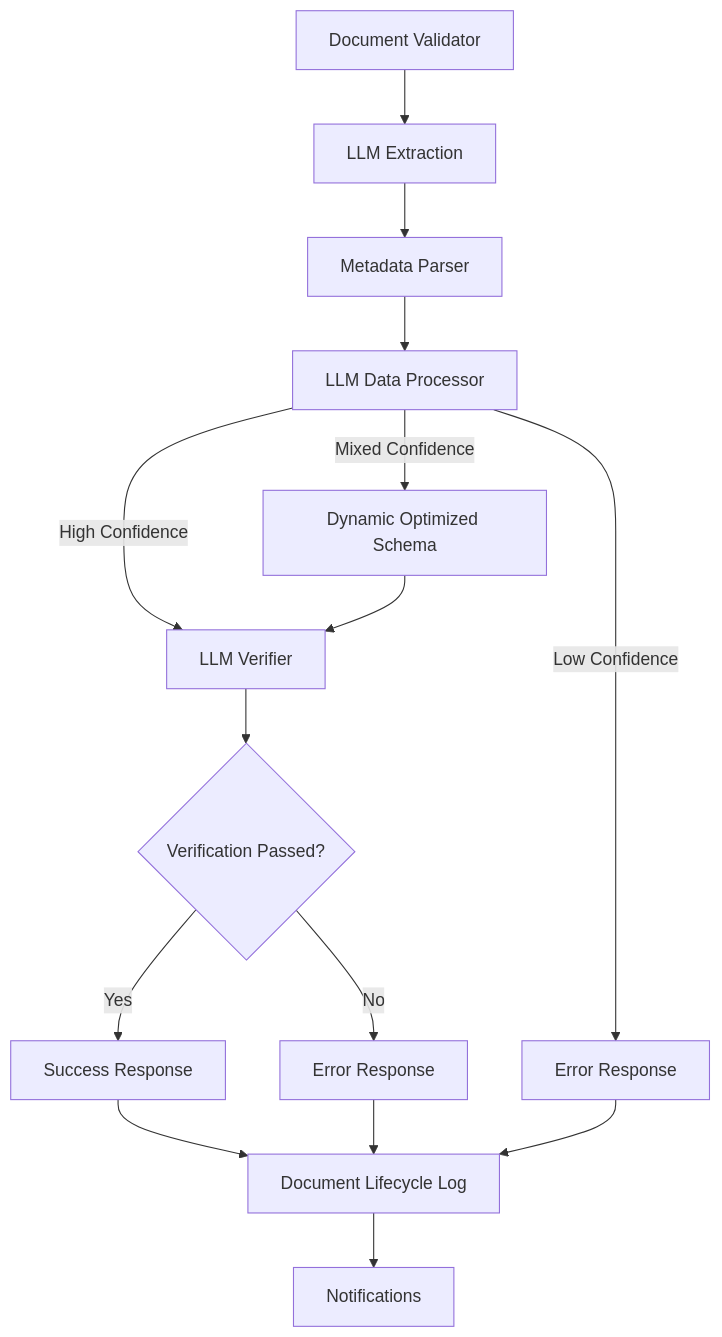
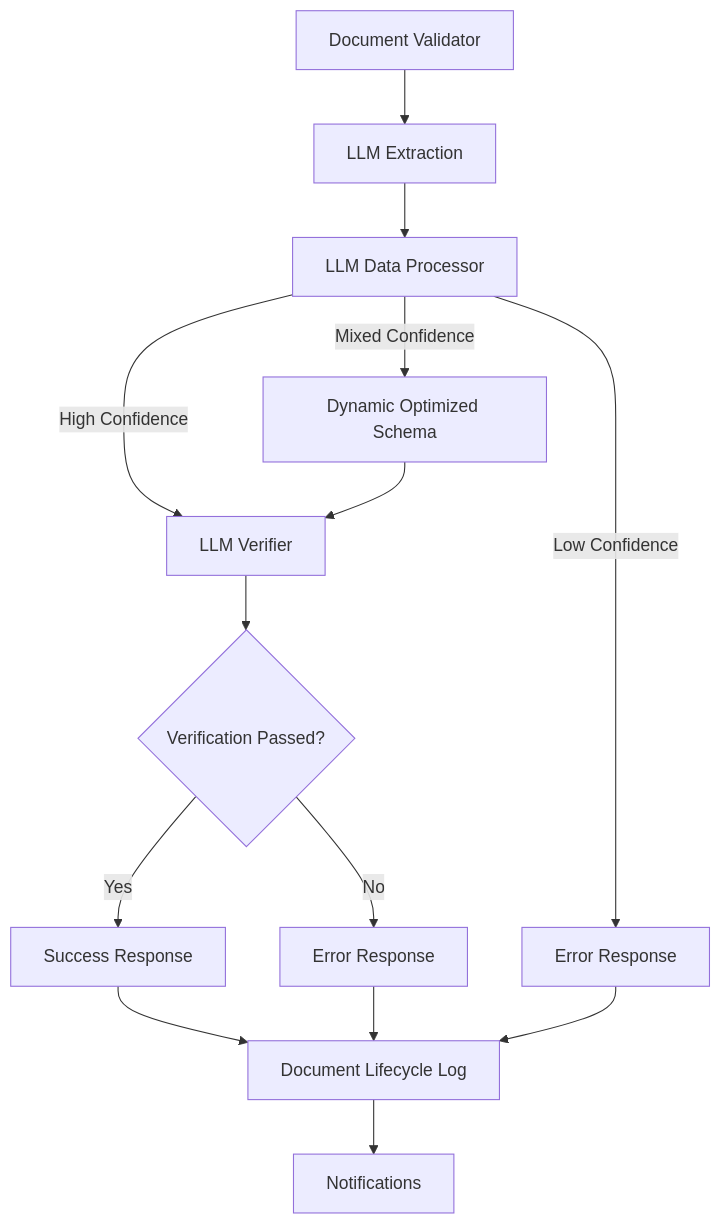
One commit to mpbrigham/materials-archive-extraction changed the diagram in V1_Linear_Flow/README.md. Above: the diagram before and after it, drawn with Mermaid. The commit also changed other lines of this file and 30 other files, not shown here.

````diff
--- a/V1_Linear_Flow/README.md
+++ b/V1_Linear_Flow/README.md
@@ -11,17 +11,16 @@
 ```mermaid
 flowchart TD
     A[Document Validator] --> B[LLM Extraction]
-    B --> C[Metadata Parser]
-    C --> D[LLM Data Processor]
+    B --> D[LLM Data Processor]
     D -->|High Confidence| E[LLM Verifier]
     D -->|Mixed Confidence| F[Dynamic Optimized Schema]
     D -->|Low Confidence| H[Error Response]
     F --> E
     E --> I{Verification Passed?}
     I -->|Yes| J[Success Response]
     I -->|No| K[Error Response]
     J --> L[Document Lifecycle Log]
     H --> L
     K --> L
     L --> M[Notifications]
 ```
````
